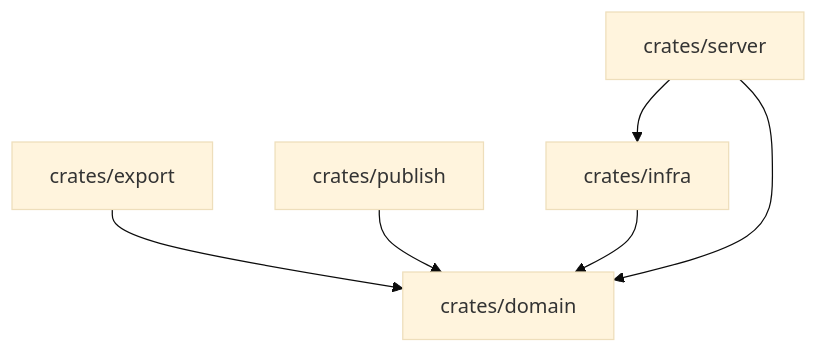
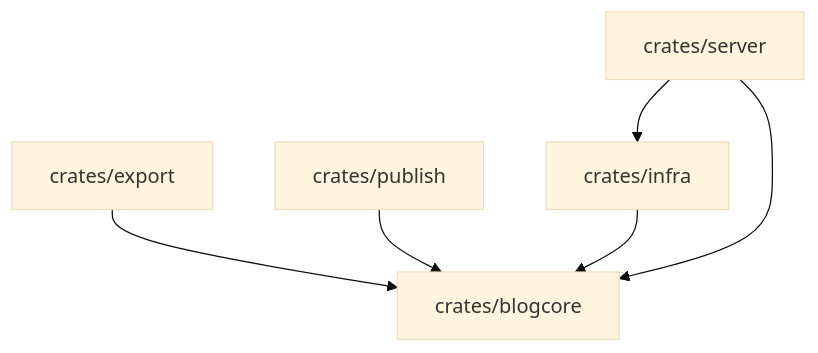
The second of 2 diagrams in docs/architecture/architecture.md (okawak/okawak_blog), drawn with Mermaid (base theme) before and after one commit. The commit also changed other lines of this file and 83 other files, not shown here.

Commit message:
refactor: rename domain crate to blogcore (#342)

```diff
--- a/docs/architecture/architecture.md
+++ b/docs/architecture/architecture.md
@@ -55,8 +55,8 @@
 ~~~mermaid
 flowchart TB
-    Export[crates/export] --> Domain[crates/domain]
-    Publish[crates/publish] --> Domain
-    Infra[crates/infra] --> Domain
-    Server[crates/server] --> Domain
+    Export[crates/export] --> Blogcore[crates/blogcore]
+    Publish[crates/publish] --> Blogcore
+    Infra[crates/infra] --> Blogcore
+    Server[crates/server] --> Blogcore
     Server --> Infra
 ~~~
```
